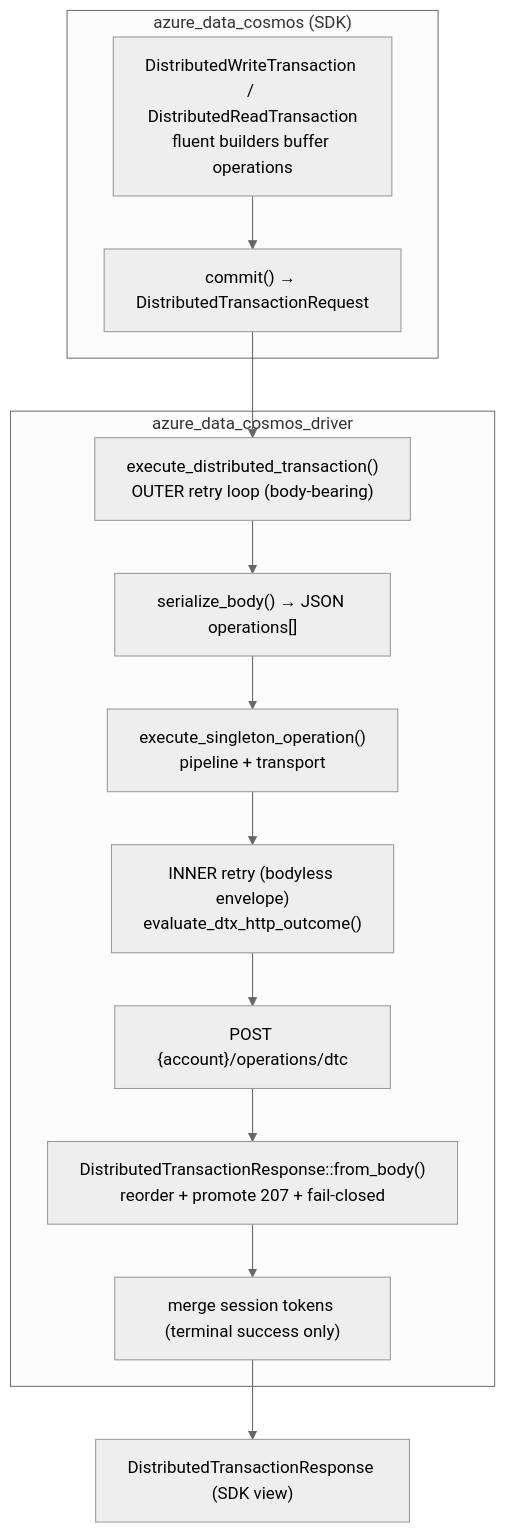
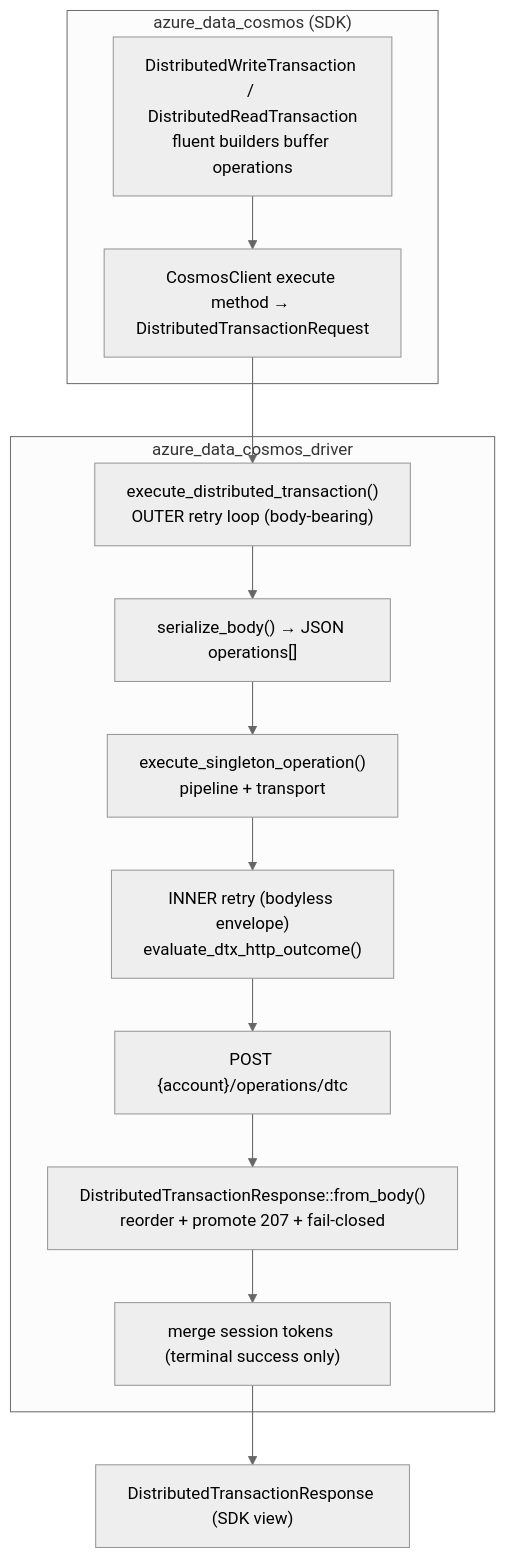
Before and after one commit to Azure/azure-sdk-for-rust: the first of 2 diagrams in sdk/cosmos/azure_data_cosmos_driver/docs/DISTRIBUTED_TRANSACTIONS_SPEC.md, drawn with Mermaid (neutral theme). The commit also changed other lines of this file and 5 other files, not shown here.

````diff
--- a/sdk/cosmos/azure_data_cosmos_driver/docs/DISTRIBUTED_TRANSACTIONS_SPEC.md
+++ b/sdk/cosmos/azure_data_cosmos_driver/docs/DISTRIBUTED_TRANSACTIONS_SPEC.md
@@ -101,17 +101,17 @@
 ```mermaid
 flowchart TD
     subgraph SDK["azure_data_cosmos (SDK)"]
         B["DistributedWriteTransaction / DistributedReadTransaction<br/>fluent builders buffer operations"]
-        B --> C["commit() → DistributedTransactionRequest"]
+      B --> C["CosmosClient execute method → DistributedTransactionRequest"]
     end
     subgraph Driver["azure_data_cosmos_driver"]
         C --> D["execute_distributed_transaction()<br/>OUTER retry loop (body-bearing)"]
         D --> E["serialize_body() → JSON operations[]"]
         E --> F["execute_singleton_operation()<br/>pipeline + transport"]
         F --> G["INNER retry (bodyless envelope)<br/>evaluate_dtx_http_outcome()"]
         G --> H["POST {account}/operations/dtc"]
         H --> I["DistributedTransactionResponse::from_body()<br/>reorder + promote 207 + fail-closed"]
         I --> J["merge session tokens (terminal success only)"]
     end
     J --> K["DistributedTransactionResponse (SDK view)"]
 ```
````
